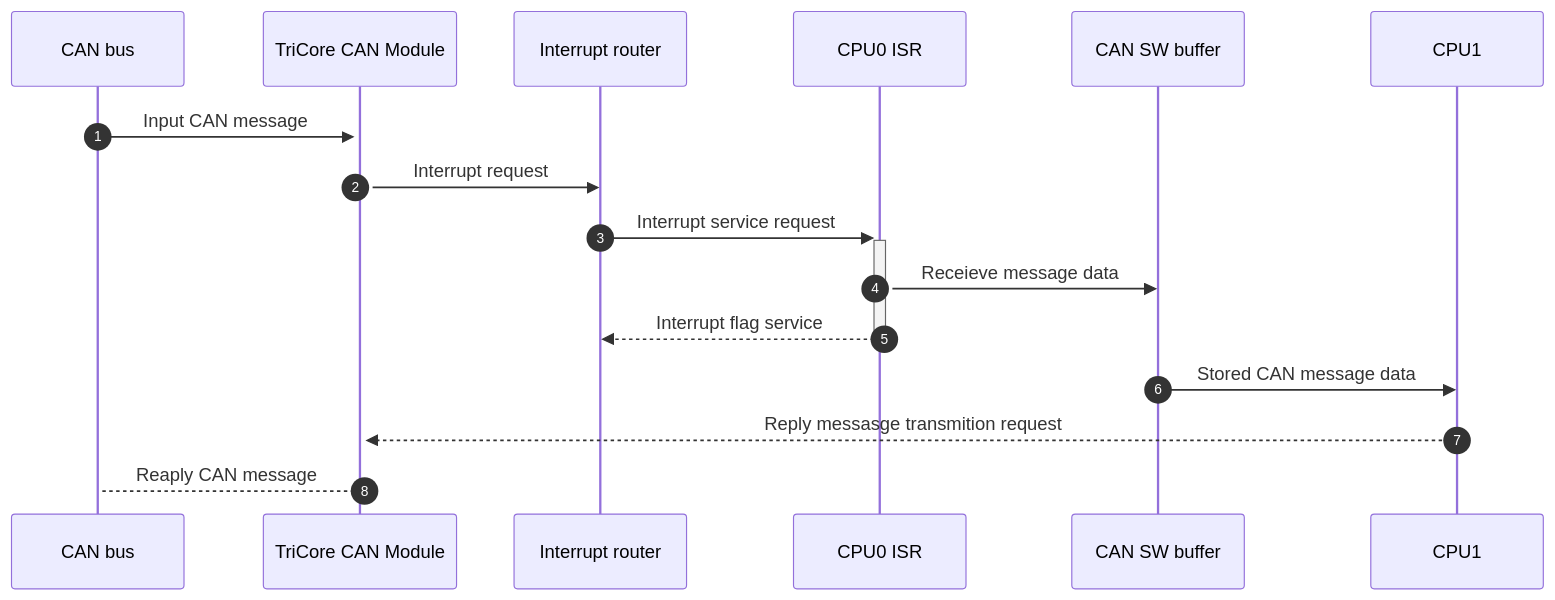
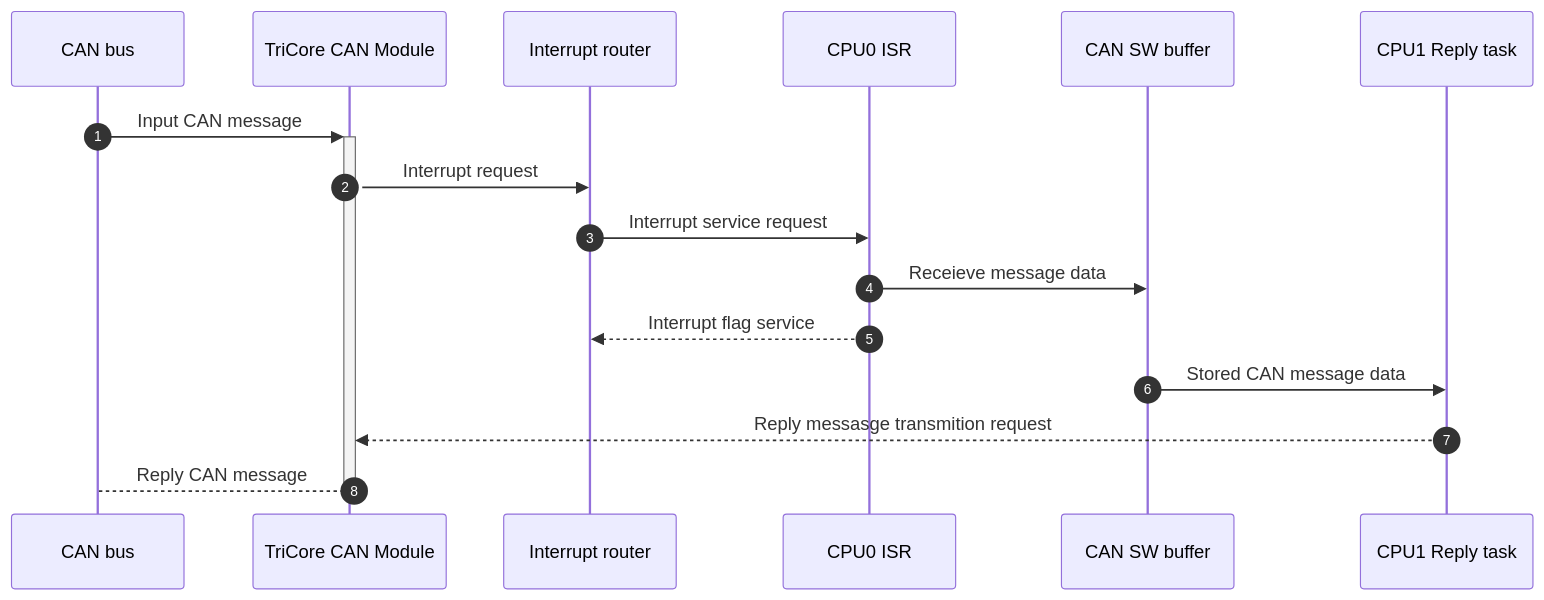
One commit to Darth-Bujar/examples_erika changed the first of 2 diagrams in can_multicore/README.md. Above: the diagram before and after it, drawn with Mermaid. The commit also changed other lines of this file, not shown here.

````diff
--- a/can_multicore/README.md
+++ b/can_multicore/README.md
@@ -10,12 +9,12 @@
 ```mermaid
 sequenceDiagram
 autonumber
 CAN bus->>+TriCore  CAN  Module: Input CAN message
 TriCore  CAN  Module->>Interrupt  router: Interrupt request
-Interrupt  router->>+CPU0  ISR: Interrupt service request
+Interrupt  router->>CPU0  ISR: Interrupt service request
 CPU0  ISR->>CAN  SW  buffer: Receieve message data
-CPU0  ISR-->>-Interrupt  router: Interrupt flag service
-CAN  SW  buffer->> CPU1: Stored CAN message data
-CPU1 -->>TriCore  CAN  Module: Reply messasge transmition request
-TriCore  CAN  Module --> CAN bus: Reaply CAN message
+CPU0  ISR-->>Interrupt  router: Interrupt flag service
+CAN  SW  buffer->> CPU1 Reply task: Stored CAN message data
+CPU1 Reply task -->>TriCore  CAN  Module: Reply messasge transmition request
+TriCore  CAN  Module -->-CAN bus: Reply CAN message
 ```
````
